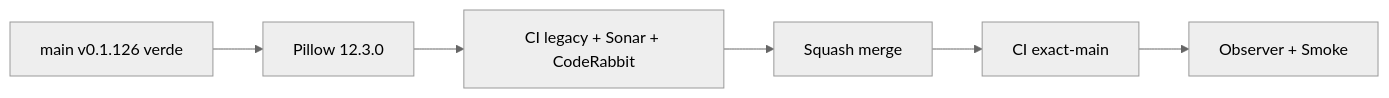
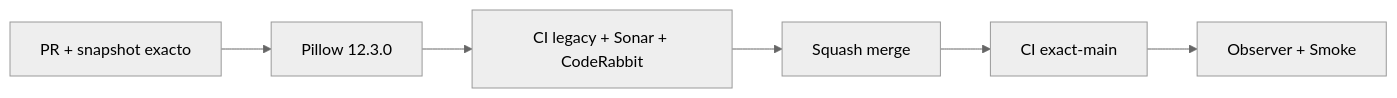
The diagram in README.md (pl0n3r/GrindFlow), drawn with Mermaid (neutral theme) before and after one commit.

Commit message:
docs(release): restaurar marcador estructural del snapshot

````diff
--- a/README.md
+++ b/README.md
@@ -46,8 +46,8 @@
 ```mermaid
 flowchart LR
- A["main v0.1.126 verde"] --> B["Pillow 12.3.0"]
+ A["PR + snapshot exacto"] --> B["Pillow 12.3.0"]
  B --> C["CI legacy + Sonar + CodeRabbit"]
  C --> M["Squash merge"]
  M --> X["CI exact-main"]
  X --> S["Observer + Smoke"]
 ```
````
